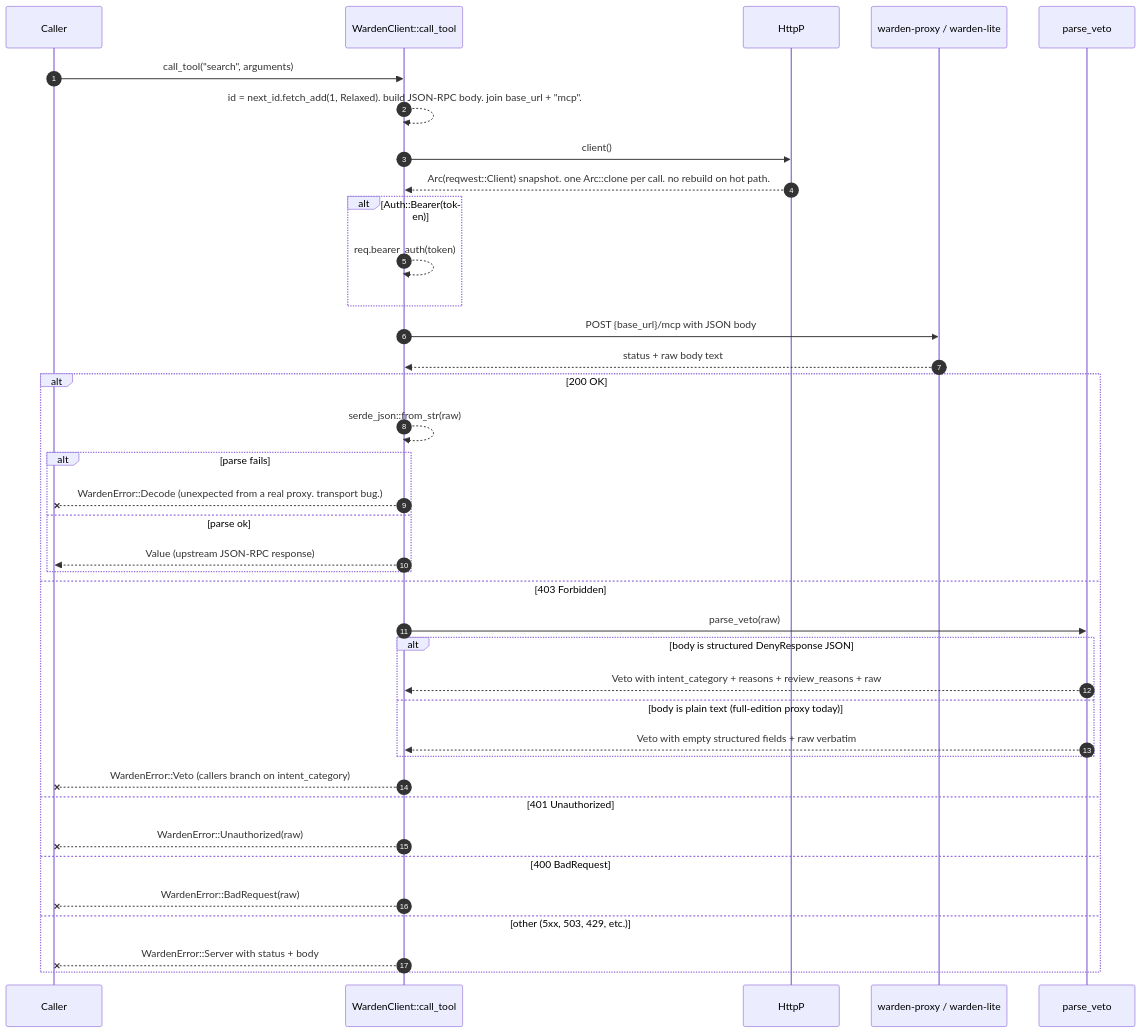
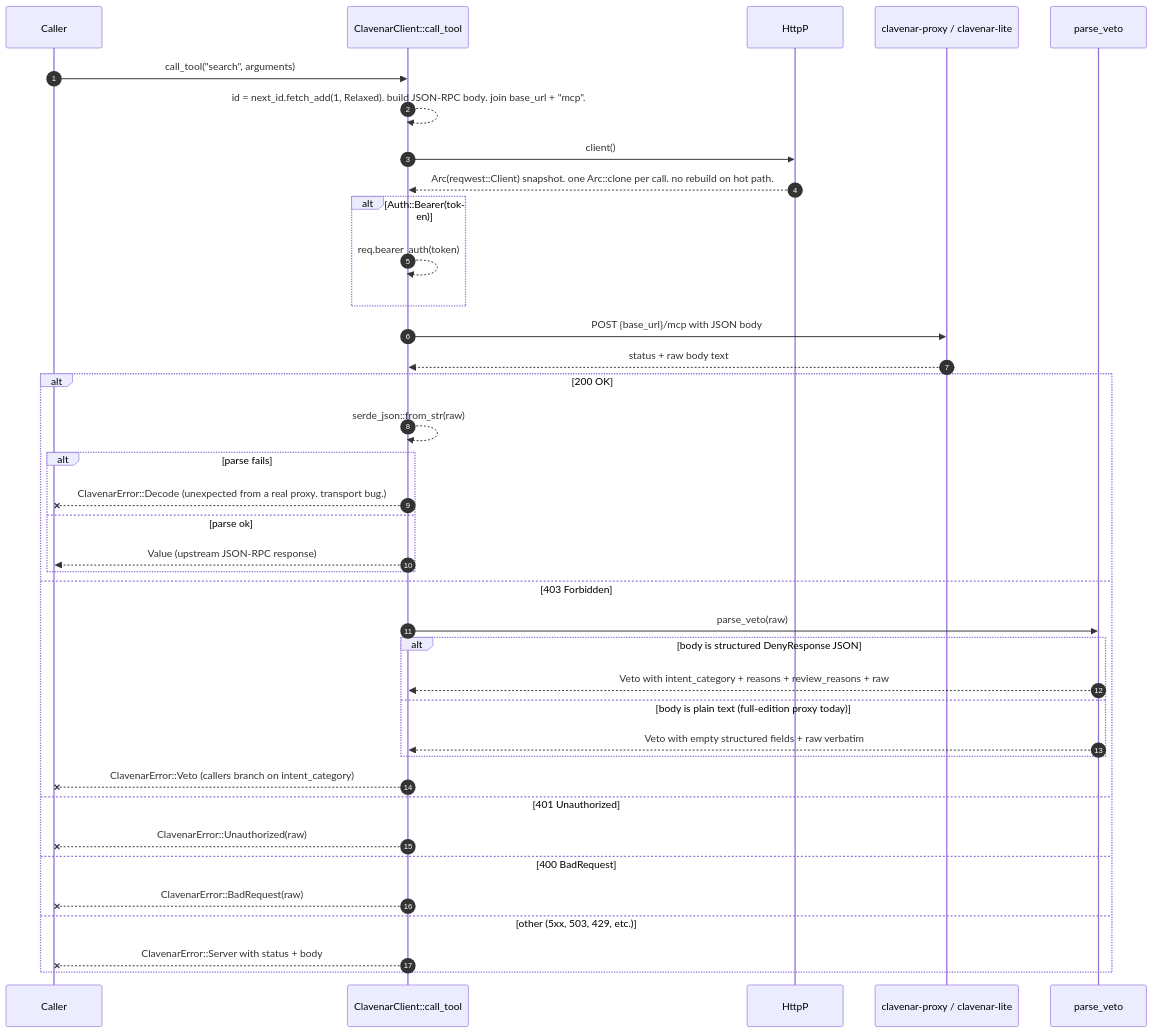
Before and after one commit to clavenar/clavenar-sdk: the first of 6 diagrams in docs/SEQUENCES.md, drawn with Mermaid. The commit also changed other lines of this file and 16 other files, not shown here.

First line of the commit message:
rename product Agent Warden → Clavenar

````diff
--- a/docs/SEQUENCES.md
+++ b/docs/SEQUENCES.md
@@ -39,46 +39,46 @@
 ```mermaid
 sequenceDiagram
     autonumber
     participant Caller
-    participant WardenC as WardenClient::call_tool
+    participant ClavenarC as ClavenarClient::call_tool
     participant HttpP
-    participant Server as warden-proxy / warden-lite
+    participant Server as clavenar-proxy / clavenar-lite
     participant ParseVeto as parse_veto
 
-    Caller->>WardenC: call_tool("search", arguments)
+    Caller->>ClavenarC: call_tool("search", arguments)
 
-    WardenC-->>WardenC: id = next_id.fetch_add(1, Relaxed). build JSON-RPC body. join base_url + "mcp".
+    ClavenarC-->>ClavenarC: id = next_id.fetch_add(1, Relaxed). build JSON-RPC body. join base_url + "mcp".
 
-    WardenC->>HttpP: client()
-    HttpP-->>WardenC: Arc(reqwest::Client) snapshot. one Arc::clone per call. no rebuild on hot path.
+    ClavenarC->>HttpP: client()
+    HttpP-->>ClavenarC: Arc(reqwest::Client) snapshot. one Arc::clone per call. no rebuild on hot path.
 
     alt Auth::Bearer(token)
-        WardenC-->>WardenC: req.bearer_auth(token)
+        ClavenarC-->>ClavenarC: req.bearer_auth(token)
     end
 
-    WardenC->>Server: POST {base_url}/mcp with JSON body
-    Server-->>WardenC: status + raw body text
+    ClavenarC->>Server: POST {base_url}/mcp with JSON body
+    Server-->>ClavenarC: status + raw body text
 
     alt 200 OK
-        WardenC-->>WardenC: serde_json::from_str(raw)
+        ClavenarC-->>ClavenarC: serde_json::from_str(raw)
         alt parse fails
-            WardenC--xCaller: WardenError::Decode (unexpected from a real proxy. transport bug.)
+            ClavenarC--xCaller: ClavenarError::Decode (unexpected from a real proxy. transport bug.)
         else parse ok
-            WardenC-->>Caller: Value (upstream JSON-RPC response)
+            ClavenarC-->>Caller: Value (upstream JSON-RPC response)
         end
     else 403 Forbidden
-        WardenC->>ParseVeto: parse_veto(raw)
+        ClavenarC->>ParseVeto: parse_veto(raw)
         alt body is structured DenyResponse JSON
-            ParseVeto-->>WardenC: Veto with intent_category + reasons + review_reasons + raw
+            ParseVeto-->>ClavenarC: Veto with intent_category + reasons + review_reasons + raw
         else body is plain text (full-edition proxy today)
-            ParseVeto-->>WardenC: Veto with empty structured fields + raw verbatim
+            ParseVeto-->>ClavenarC: Veto with empty structured fields + raw verbatim
         end
-        WardenC--xCaller: WardenError::Veto (callers branch on intent_category)
+        ClavenarC--xCaller: ClavenarError::Veto (callers branch on intent_category)
     else 401 Unauthorized
-        WardenC--xCaller: WardenError::Unauthorized(raw)
+        ClavenarC--xCaller: ClavenarError::Unauthorized(raw)
     else 400 BadRequest
-        WardenC--xCaller: WardenError::BadRequest(raw)
+        ClavenarC--xCaller: ClavenarError::BadRequest(raw)
     else other (5xx, 503, 429, etc.)
-        WardenC--xCaller: WardenError::Server with status + body
+        ClavenarC--xCaller: ClavenarError::Server with status + body
     end
 ```
````
